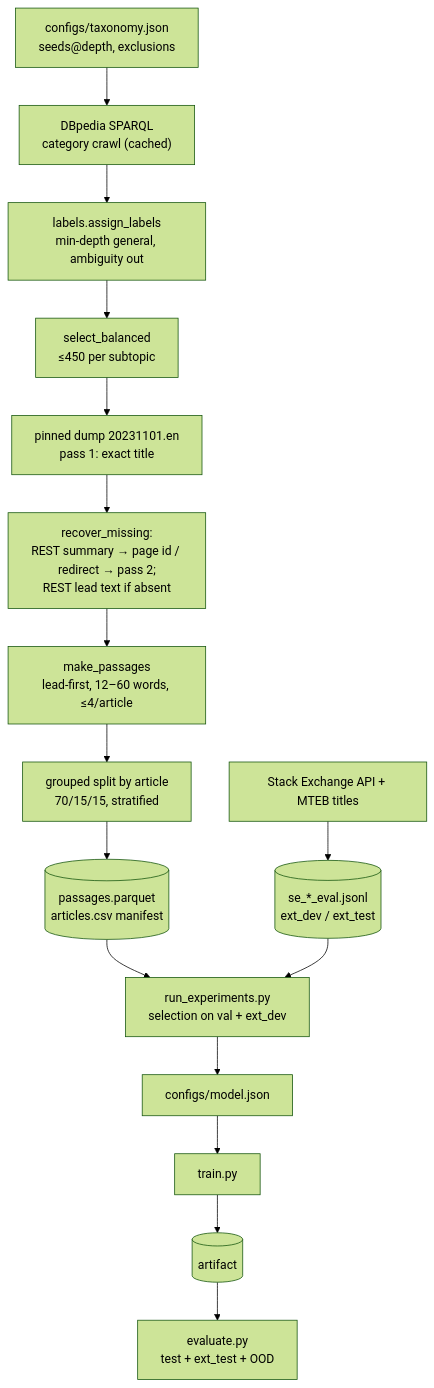
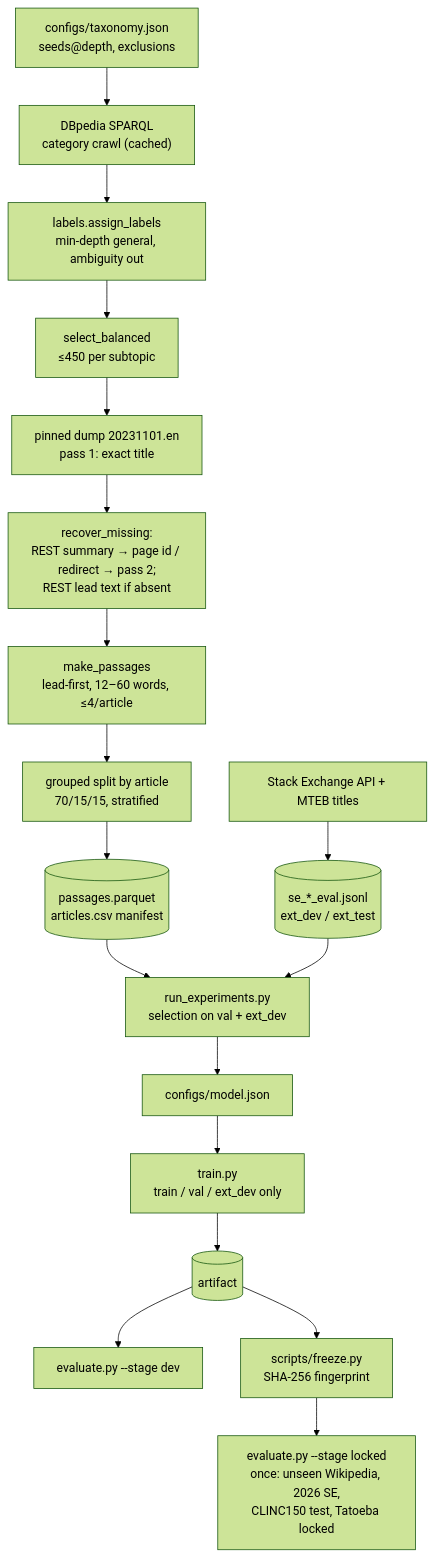
Before and after one commit to Ozgurisikdamar/Cont: the fourth of 5 diagrams in docs/architecture.md, drawn with Mermaid (forest theme). The commit also changed other lines of this file, not shown here.

Commit message:
Docs: architecture for v1.1.0 (language gate, Mahalanobis gate, tracker rules, dev/locked evaluation)

````diff
--- a/docs/architecture.md
+++ b/docs/architecture.md
@@ -150,16 +164,17 @@
 ```mermaid
 flowchart TB
     tax["configs/taxonomy.json<br/>seeds@depth, exclusions"] --> crawl
     crawl["DBpedia SPARQL<br/>category crawl (cached)"] --> lab["labels.assign_labels<br/>min-depth general, ambiguity out"]
     lab --> sel["select_balanced<br/>≤450 per subtopic"]
     sel --> dump["pinned dump 20231101.en<br/>pass 1: exact title"]
     dump --> rec["recover_missing:<br/>REST summary → page id / redirect → pass 2;<br/>REST lead text if absent"]
     rec --> psg["make_passages<br/>lead-first, 12–60 words, ≤4/article"]
     psg --> split["grouped split by article<br/>70/15/15, stratified"]
     split --> pq[("passages.parquet<br/>articles.csv manifest")]
     se["Stack Exchange API + MTEB titles"] --> ext[("se_*_eval.jsonl<br/>ext_dev / ext_test")]
     pq --> bench["run_experiments.py<br/>selection on val + ext_dev"]
     ext --> bench
-    bench --> cfg["configs/model.json"] --> train["train.py"] --> art[("artifact")]
-    art --> ev["evaluate.py<br/>test + ext_test + OOD"]
+    bench --> cfg["configs/model.json"] --> train["train.py<br/>train / val / ext_dev only"] --> art[("artifact")]
+    art --> dev["evaluate.py --stage dev"]
+    art --> frz["scripts/freeze.py<br/>SHA-256 fingerprint"] --> lock["evaluate.py --stage locked<br/>once: unseen Wikipedia, 2026 SE,<br/>CLINC150 test, Tatoeba locked"]
 ```
````
